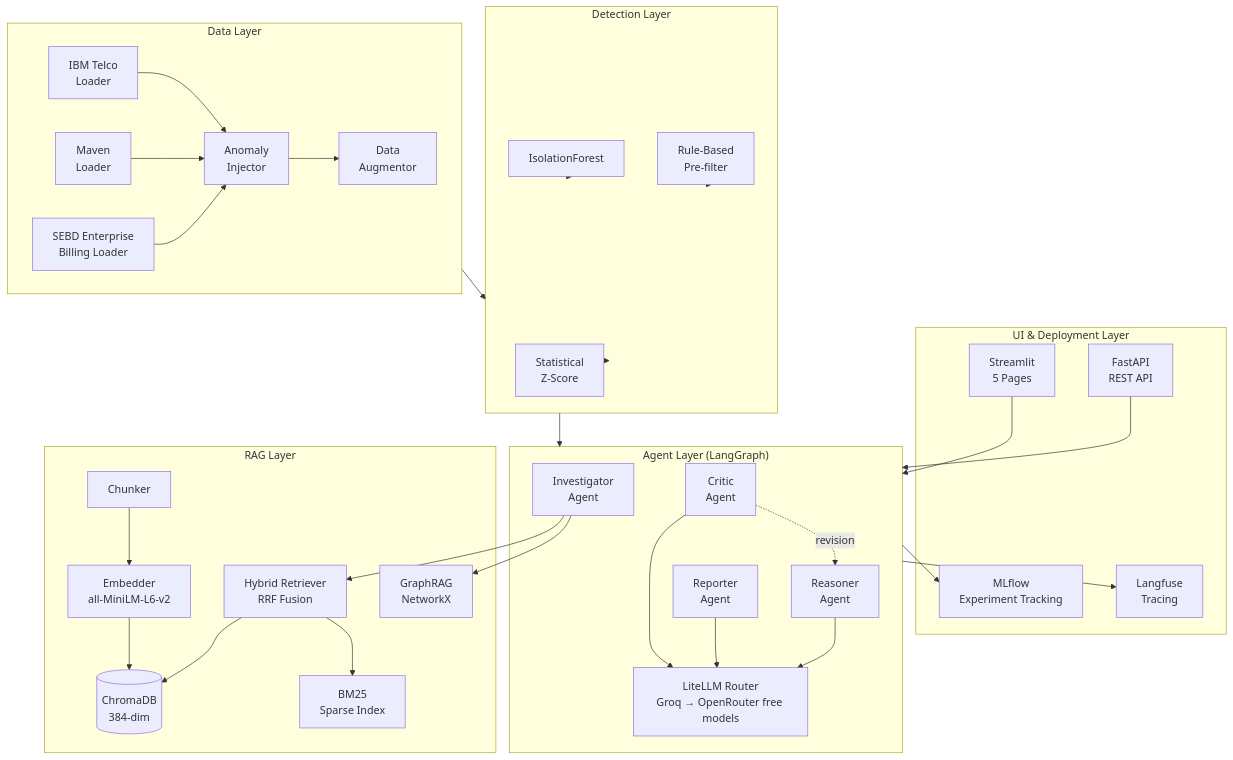
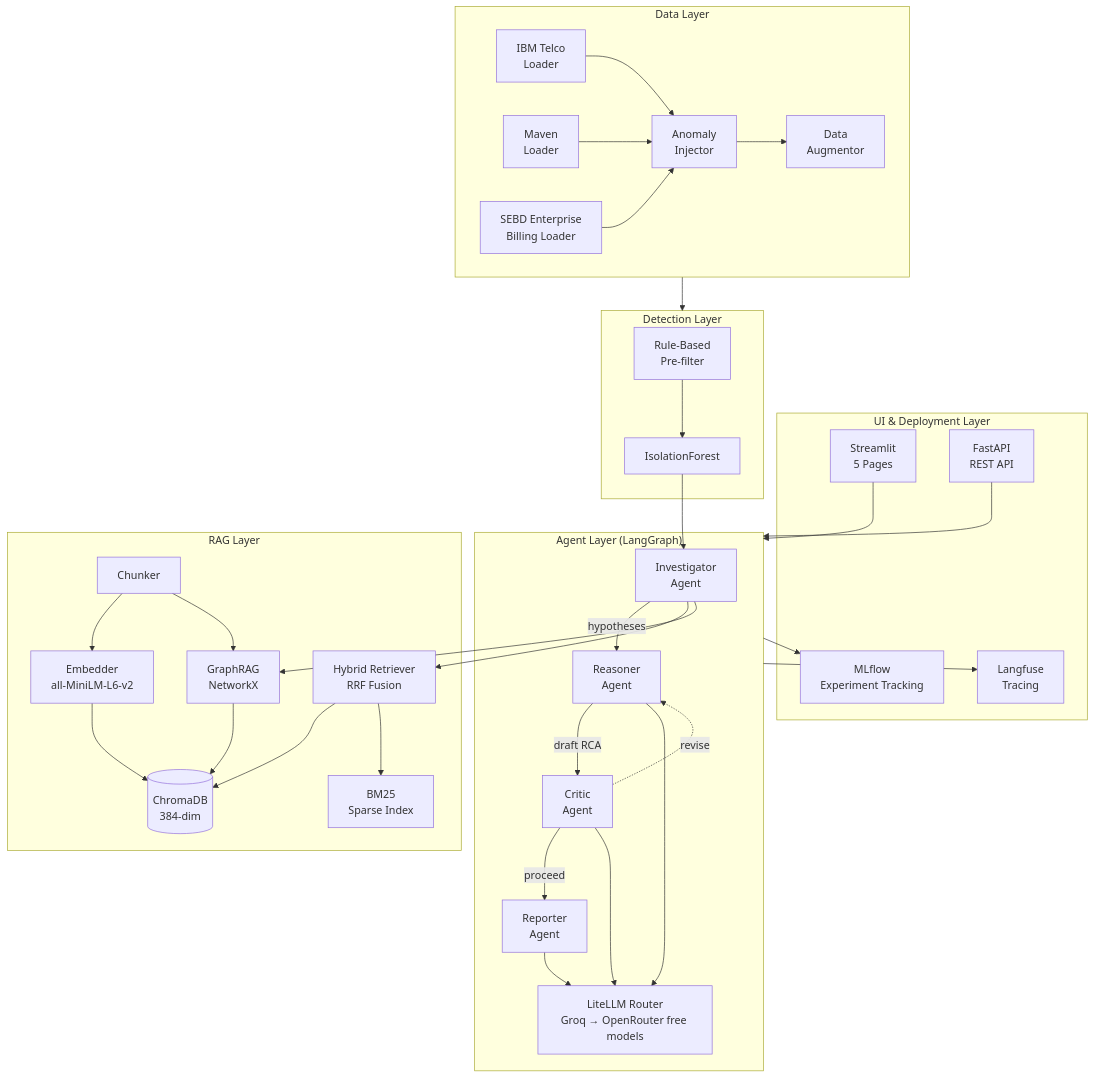
Before and after one commit to tatsat3mutee/mtech-teleco-multiagent-project: the diagram in docs/diagrams/architecture.md, drawn with Mermaid. The commit also changed 8 other files, not shown here.

````diff
--- a/docs/diagrams/architecture.md
+++ b/docs/diagrams/architecture.md
@@ -3,69 +3,74 @@
 ```mermaid
 graph TB
     subgraph UI["UI & Deployment Layer"]
         ST[Streamlit<br/>5 Pages]
         API[FastAPI<br/>REST API]
         MLF[MLflow<br/>Experiment Tracking]
         LF[Langfuse<br/>Tracing]
     end
 
     subgraph Agents["Agent Layer (LangGraph)"]
         INV[Investigator<br/>Agent]
         RES[Reasoner<br/>Agent]
         CRI[Critic<br/>Agent]
         REP[Reporter<br/>Agent]
         LLM[LiteLLM Router<br/>Groq → OpenRouter free models]
     end
 
     subgraph RAG["RAG Layer"]
         EMB[Embedder<br/>all-MiniLM-L6-v2]
         CHK[Chunker]
         CDB[(ChromaDB<br/>384-dim)]
         BM[BM25<br/>Sparse Index]
         HYB[Hybrid Retriever<br/>RRF Fusion]
         GR[GraphRAG<br/>NetworkX]
     end
 
     subgraph Detection["Detection Layer"]
+        RB[Rule-Based<br/>Pre-filter]
         IF[IsolationForest]
-        RB[Rule-Based<br/>Pre-filter]
-        STAT[Statistical<br/>Z-Score]
     end
 
     subgraph Data["Data Layer"]
         IBM[IBM Telco<br/>Loader]
         MAV[Maven<br/>Loader]
         SEBD[SEBD Enterprise<br/>Billing Loader]
         INJ[Anomaly<br/>Injector]
         AUG[Data<br/>Augmentor]
     end
 
     %% Connections
     ST --> Agents
     API --> Agents
     Agents --> MLF
     Agents --> LF
 
+    %% Agent pipeline (LangGraph state-graph flow)
+    INV -->|hypotheses| RES
+    RES -->|draft RCA| CRI
+    CRI -->|proceed| REP
+    CRI -.->|revise| RES
+
+    %% Agent resource usage
     INV --> HYB
     INV --> GR
     RES --> LLM
     CRI --> LLM
     REP --> LLM
-    CRI -.->|revision| RES
 
     HYB --> CDB
     HYB --> BM
+    GR --> CDB
     EMB --> CDB
     CHK --> EMB
+    CHK --> GR
 
-    Detection --> Agents
-    IF --> Detection
-    RB --> Detection
-    STAT --> Detection
+    RB --> IF
+    IF --> INV
 
     Data --> Detection
     IBM --> INJ
     MAV --> INJ
     SEBD --> INJ
     INJ --> AUG
 ```
````
